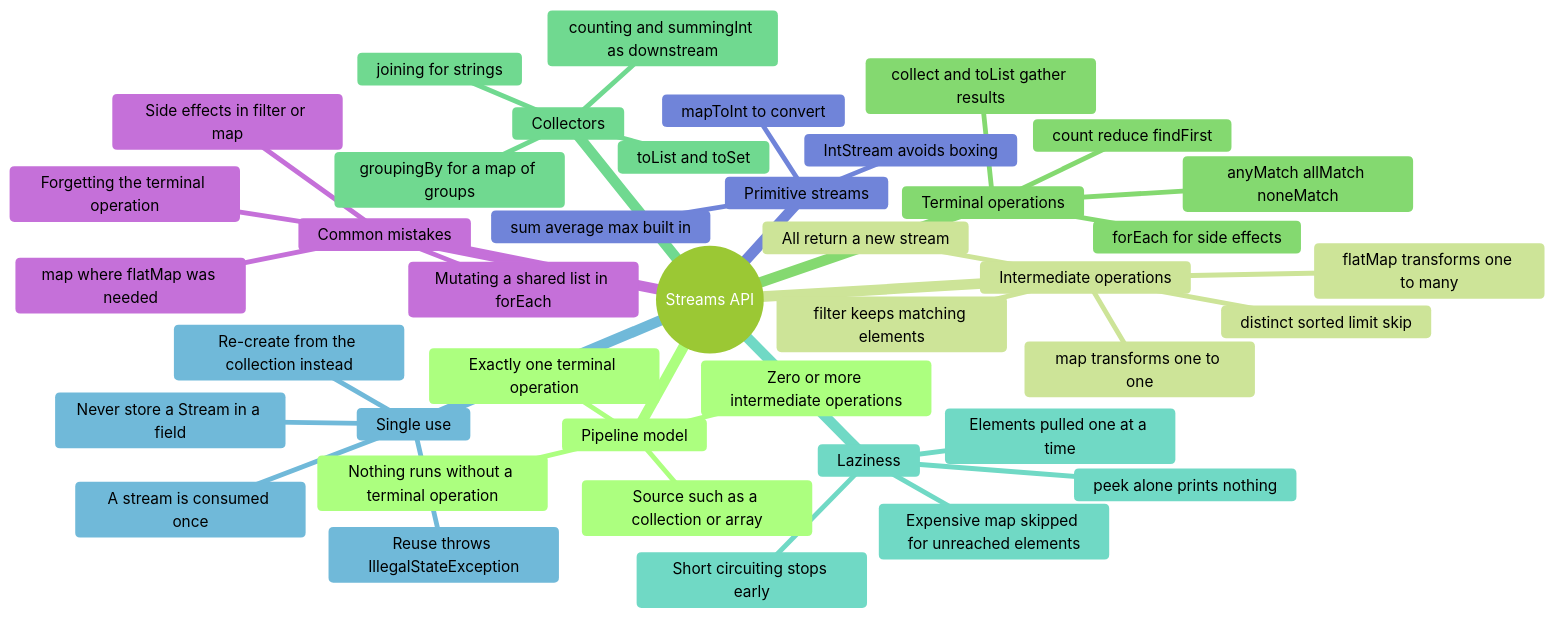
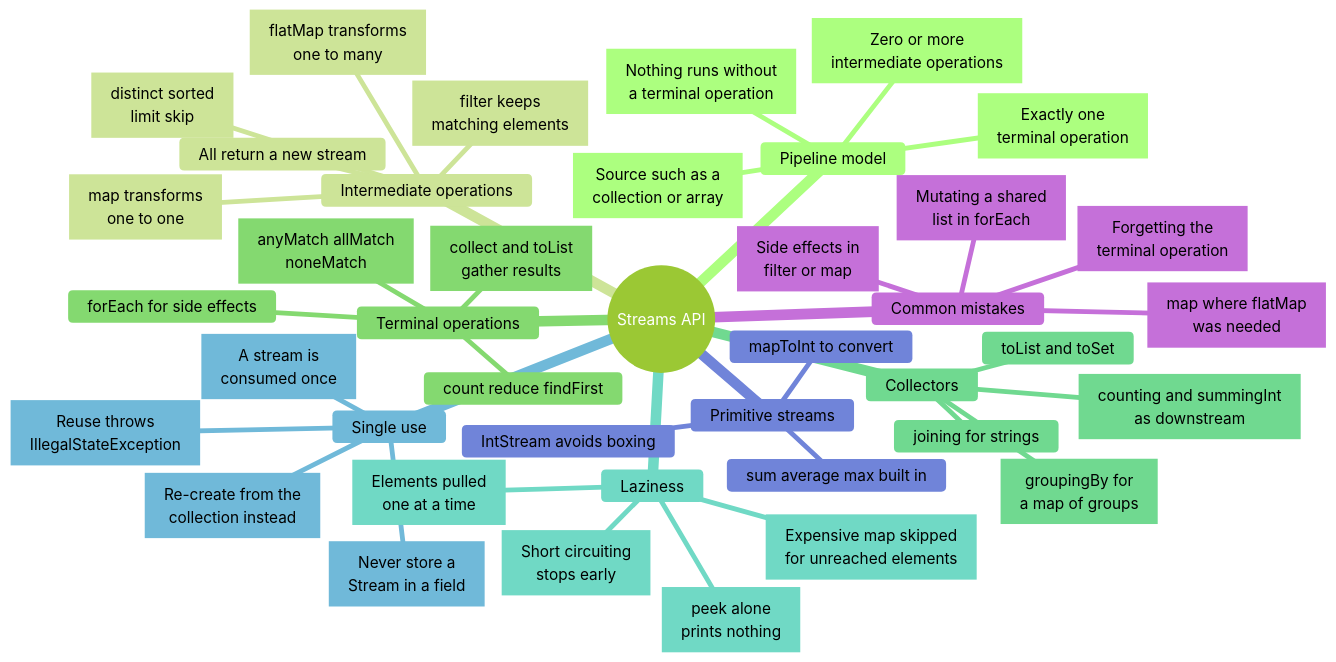
One commit to nmcguinness/L8-OOP-Module-Content changed the eighth of 13 diagrams in notes/shared/mind maps/revision_t10_t22.md. Above: the diagram before and after it, drawn with Mermaid. The commit also changed other lines of this file and 421 other files, not shown here.

Commit message:
Updated mermaid diagrams and note layout for topics 9-24.

````diff
--- a/notes/shared/mind maps/revision_t10_t22.md
+++ b/notes/shared/mind maps/revision_t10_t22.md
@@ -1048,56 +1270,80 @@
 ```mermaid
 ---
 title: "Streams API"
 accDescr: "Mind map of Streams API. Branches: Pipeline model; Intermediate operations; Terminal operations; Collectors; Laziness; Single use; Primitive streams; Common mistakes."
 ---
-%%{init: { "theme": "forest" }}%%
+%%{init: { "theme": "forest", "markdownAutoWrap": false, "mindmap": { "maxNodeWidth": 300 } }}%%
 mindmap
   root((Streams API))
     Pipeline model
-      Source such as a collection or array
-      Zero or more intermediate operations
-      Exactly one terminal operation
-      Nothing runs without a terminal operation
+      n1["`Source such as a
+      collection or array`"]
+      n2["`Zero or more
+      intermediate operations`"]
+      n3["`Exactly one
+      terminal operation`"]
+      n4["`Nothing runs without
+      a terminal operation`"]
 
     Intermediate operations
-      filter keeps matching elements
-      map transforms one to one
-      flatMap transforms one to many
-      distinct sorted limit skip
+      n5["`filter keeps
+      matching elements`"]
+      n6["`map transforms
+      one to one`"]
+      n7["`flatMap transforms
+      one to many`"]
+      n8["`distinct sorted
+      limit skip`"]
       All return a new stream
 
     Terminal operations
-      collect and toList gather results
+      n9["`collect and toList
+      gather results`"]
       count reduce findFirst
-      anyMatch allMatch noneMatch
+      n10["`anyMatch allMatch
+      noneMatch`"]
       forEach for side effects
 
     Collectors
       toList and toSet
       joining for strings
-      groupingBy for a map of groups
-      counting and summingInt as downstream
+      n11["`groupingBy for
+      a map of groups`"]
+      n12["`counting and summingInt
+      as downstream`"]
 
     Laziness
-      Elements pulled one at a time
-      Short circuiting stops early
-      Expensive map skipped for unreached elements
-      peek alone prints nothing
+      n13["`Elements pulled
+      one at a time`"]
+      n14["`Short circuiting
+      stops early`"]
+      n15["`Expensive map skipped
+      for unreached elements`"]
+      n16["`peek alone
+      prints nothing`"]
 
     Single use
-      A stream is consumed once
-      Reuse throws IllegalStateException
-      Re-create from the collection instead
-      Never store a Stream in a field
+      n17["`A stream is
+      consumed once`"]
+      n18["`Reuse throws
+      IllegalStateException`"]
+      n19["`Re-create from the
+      collection instead`"]
+      n20["`Never store a
+      Stream in a field`"]
 
     Primitive streams
       IntStream avoids boxing
       mapToInt to convert
       sum average max built in
 
     Common mistakes
-      Forgetting the terminal operation
-      map where flatMap was needed
-      Side effects in filter or map
-      Mutating a shared list in forEach
+      n21["`Forgetting the
+      terminal operation`"]
+      n22["`map where flatMap
+      was needed`"]
+      n23["`Side effects in
+      filter or map`"]
+      n24["`Mutating a shared
+      list in forEach`"]
 ```
````
